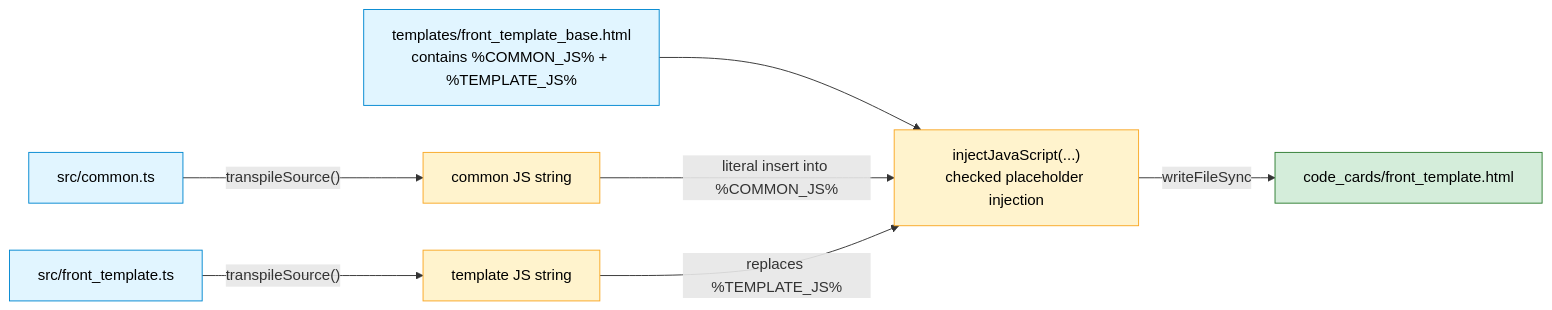
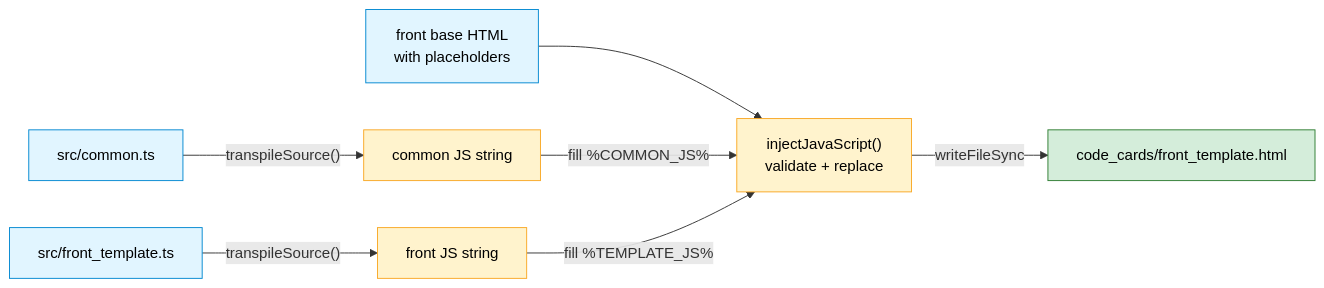
The second of 2 diagrams in documentation/architecture-diagrams/02-build-pipeline.md (muhsinali/anki_templates), drawn with Mermaid before and after one commit. The commit also changed other lines of this file and 16 other files, not shown here.

````diff
--- a/documentation/architecture-diagrams/02-build-pipeline.md
+++ b/documentation/architecture-diagrams/02-build-pipeline.md
@@ -34,17 +42,30 @@
 ```mermaid
 flowchart LR
-    COMMON["src/common.ts"] -->|"transpileSource()"| JS1["common JS string"]
-    SPECIFIC["src/front_template.ts"] -->|"transpileSource()"| JS2["template JS string"]
-    BASE["templates/front_template_base.html<br/>contains %COMMON_JS% + %TEMPLATE_JS%"] --> R
+    %% Inputs for one card side.
+    common_source["src/common.ts"]
+    front_source["src/front_template.ts"]
+    front_base["front base HTML<br/>with placeholders"]
 
-    JS1 -->|"literal insert into %COMMON_JS%"| R["injectJavaScript(...)<br/>checked placeholder injection"]
-    JS2 -->|"replaces %TEMPLATE_JS%"| R
-    R -->|"writeFileSync"| OUT["code_cards/front_template.html"]
+    %% Intermediate JavaScript strings.
+    common_js["common JS string"]
+    front_js["front JS string"]
+    injector["injectJavaScript()<br/>validate + replace"]
 
-    classDef in fill:#e1f5ff,stroke:#0288d1,color:#000;
-    classDef mid fill:#fff3cd,stroke:#f9a825,color:#000;
-    classDef out fill:#d4edda,stroke:#2e7d32,color:#000;
-    class COMMON,SPECIFIC,BASE in;
-    class JS1,JS2,R mid;
-    class OUT out;
+    %% Generated output.
+    front_output["code_cards/front_template.html"]
+
+    common_source -->|"transpileSource()"| common_js
+    front_source -->|"transpileSource()"| front_js
+    front_base --> injector
+    common_js -->|"fill %COMMON_JS%"| injector
+    front_js -->|"fill %TEMPLATE_JS%"| injector
+    injector -->|"writeFileSync"| front_output
+
+    classDef input fill:#e1f5ff,stroke:#0288d1,color:#000;
+    classDef transform fill:#fff3cd,stroke:#f9a825,color:#000;
+    classDef output fill:#d4edda,stroke:#2e7d32,color:#000;
+
+    class common_source,front_source,front_base input;
+    class common_js,front_js,injector transform;
+    class front_output output;
 ```
````
